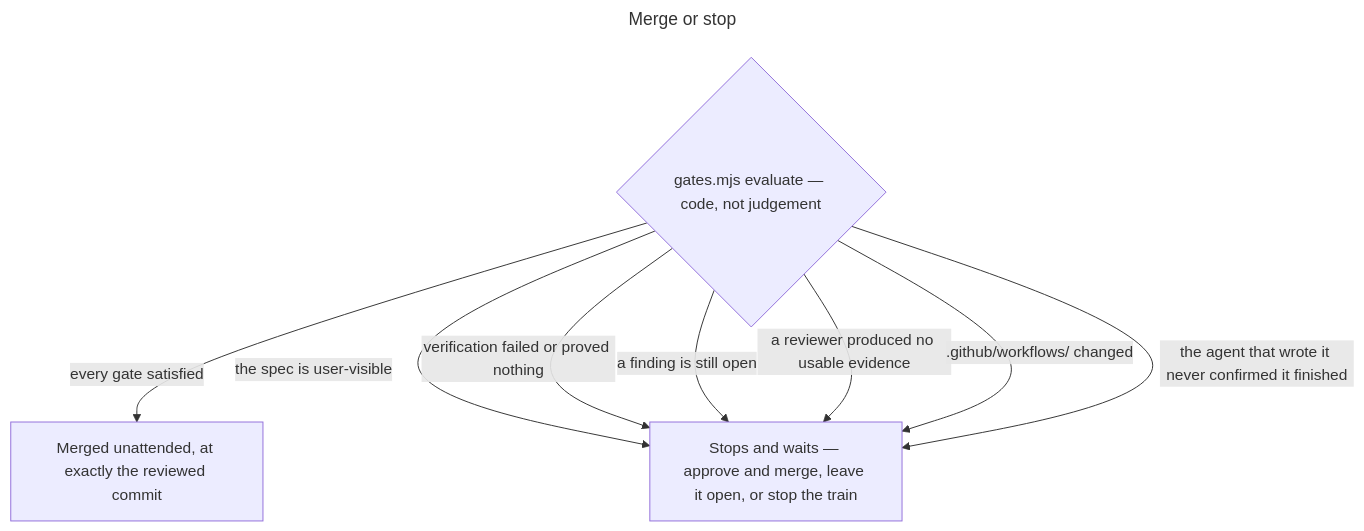
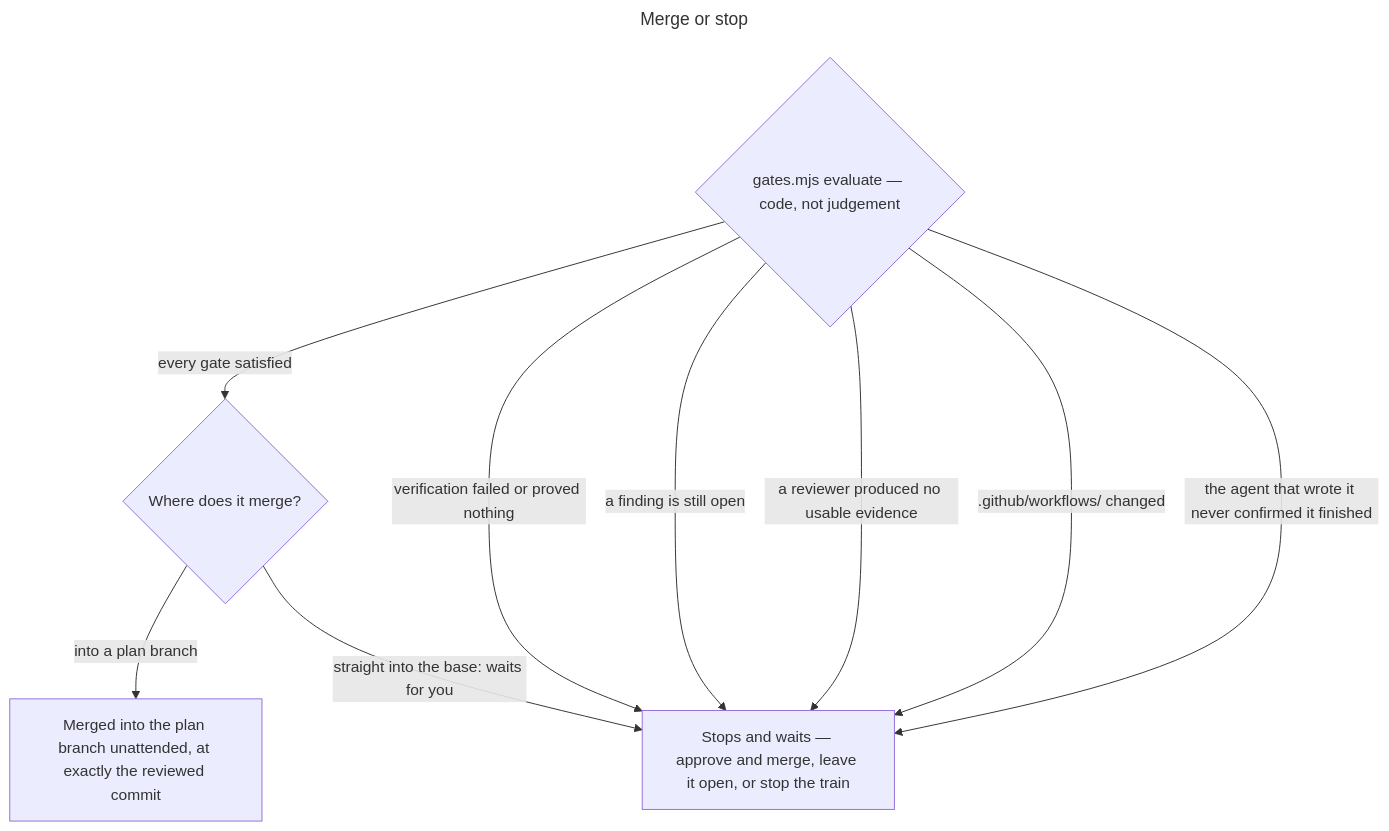
One commit to Smiley73/tagteam changed the fourth of 4 diagrams in README.md. Above: the diagram before and after it, drawn with Mermaid. The commit also changed other lines of this file and 7 other files, not shown here.

````diff
--- a/README.md
+++ b/README.md
@@ -282,17 +291,19 @@
 ```mermaid
 ---
 title: Merge or stop
 ---
 flowchart TD
     evaluate{"gates.mjs evaluate — code, not judgement"}
-    merge["Merged unattended, at exactly the reviewed commit"]
+    route{"Where does it merge?"}
+    merge["Merged into the plan branch unattended, at exactly the reviewed commit"]
     wait["Stops and waits — approve and merge, leave it open, or stop the train"]
 
-    evaluate -->|"every gate satisfied"| merge
-    evaluate -->|"the spec is user-visible"| wait
+    evaluate -->|"every gate satisfied"| route
+    route -->|"into a plan branch"| merge
+    route -->|"straight into the base: waits for you"| wait
     evaluate -->|"verification failed or proved nothing"| wait
     evaluate -->|"a finding is still open"| wait
     evaluate -->|"a reviewer produced no usable evidence"| wait
     evaluate -->|".github/workflows/ changed"| wait
     evaluate -->|"the agent that wrote it never confirmed it finished"| wait
 ```
````
